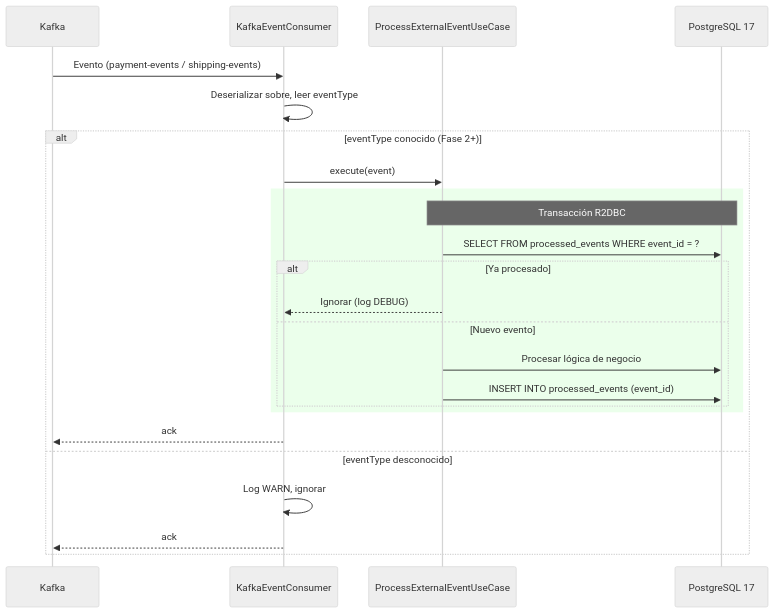
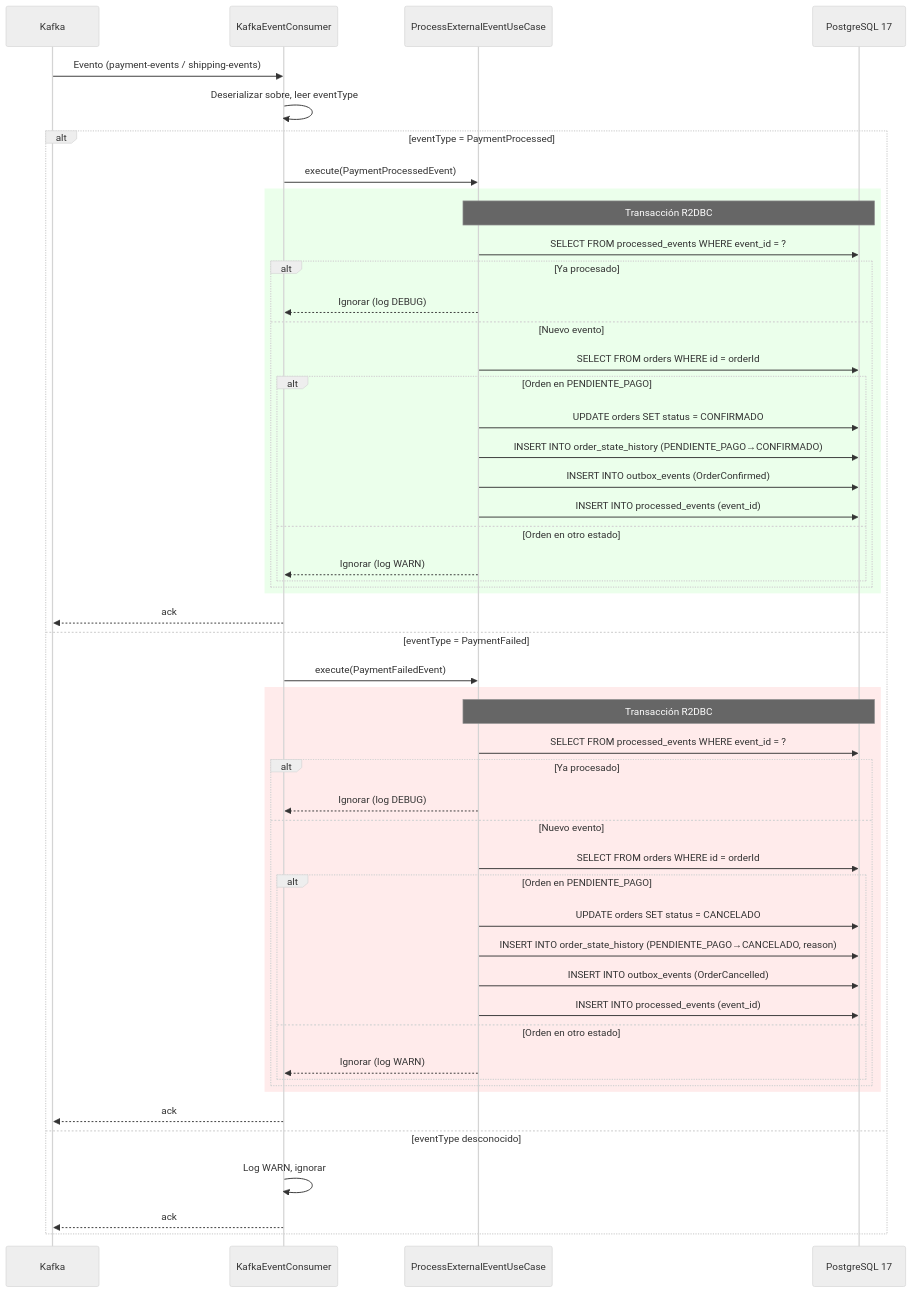
The sixth of 7 diagrams in .kiro/specs/ms-order/design.md (Saisho137/Arka), drawn with Mermaid (neutral theme) before and after one commit. The commit also changed other lines of this file and 8 other files, not shown here.

````diff
--- a/.kiro/specs/ms-order/design.md
+++ b/.kiro/specs/ms-order/design.md
@@ -246,28 +278,55 @@
 ```mermaid
 sequenceDiagram
     participant Kafka
     participant Consumer as KafkaEventConsumer
     participant UseCase as ProcessExternalEventUseCase
     participant PG as PostgreSQL 17
 
     Kafka->>Consumer: Evento (payment-events / shipping-events)
     Consumer->>Consumer: Deserializar sobre, leer eventType
 
-    alt eventType conocido (Fase 2+)
-        Consumer->>UseCase: execute(event)
+    alt eventType = PaymentProcessed
+        Consumer->>UseCase: execute(PaymentProcessedEvent)
         rect rgb(235, 255, 235)
             Note over UseCase,PG: Transacción R2DBC
             UseCase->>PG: SELECT FROM processed_events WHERE event_id = ?
             alt Ya procesado
                 UseCase-->>Consumer: Ignorar (log DEBUG)
             else Nuevo evento
-                UseCase->>PG: Procesar lógica de negocio
-                UseCase->>PG: INSERT INTO processed_events (event_id)
+                UseCase->>PG: SELECT FROM orders WHERE id = orderId
+                alt Orden en PENDIENTE_PAGO
+                    UseCase->>PG: UPDATE orders SET status = CONFIRMADO
+                    UseCase->>PG: INSERT INTO order_state_history (PENDIENTE_PAGO→CONFIRMADO)
+                    UseCase->>PG: INSERT INTO outbox_events (OrderConfirmed)
+                    UseCase->>PG: INSERT INTO processed_events (event_id)
+                else Orden en otro estado
+                    UseCase-->>Consumer: Ignorar (log WARN)
+                end
+            end
+        end
+        Consumer-->>Kafka: ack
+    else eventType = PaymentFailed
+        Consumer->>UseCase: execute(PaymentFailedEvent)
+        rect rgb(255, 235, 235)
+            Note over UseCase,PG: Transacción R2DBC
+            UseCase->>PG: SELECT FROM processed_events WHERE event_id = ?
+            alt Ya procesado
+                UseCase-->>Consumer: Ignorar (log DEBUG)
+            else Nuevo evento
+                UseCase->>PG: SELECT FROM orders WHERE id = orderId
+                alt Orden en PENDIENTE_PAGO
+                    UseCase->>PG: UPDATE orders SET status = CANCELADO
+                    UseCase->>PG: INSERT INTO order_state_history (PENDIENTE_PAGO→CANCELADO, reason)
+                    UseCase->>PG: INSERT INTO outbox_events (OrderCancelled)
+                    UseCase->>PG: INSERT INTO processed_events (event_id)
+                else Orden en otro estado
+                    UseCase-->>Consumer: Ignorar (log WARN)
+                end
             end
         end
         Consumer-->>Kafka: ack
     else eventType desconocido
         Consumer->>Consumer: Log WARN, ignorar
         Consumer-->>Kafka: ack
     end
 ```
````
